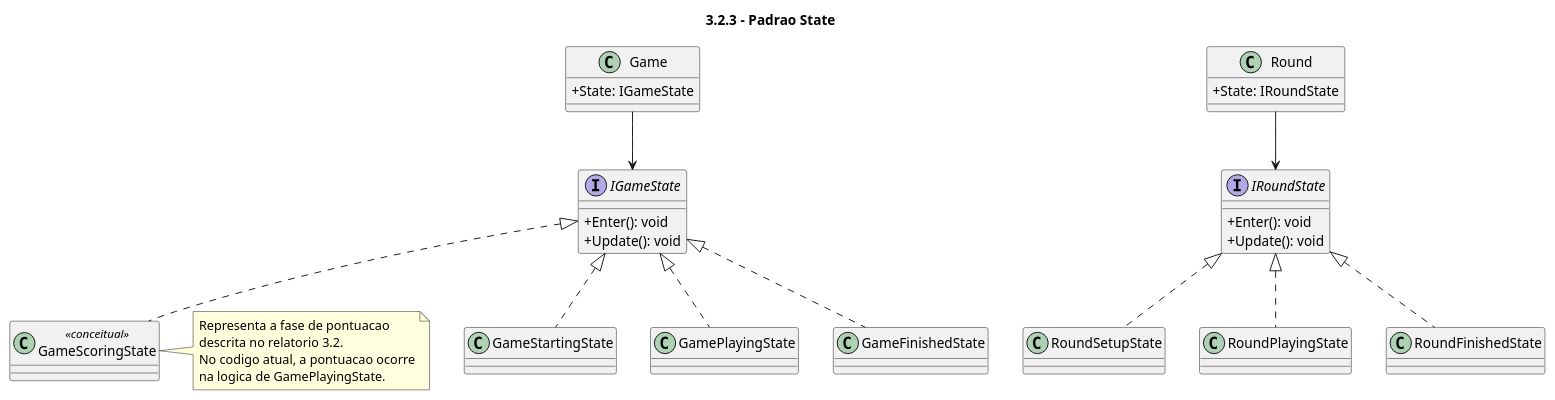
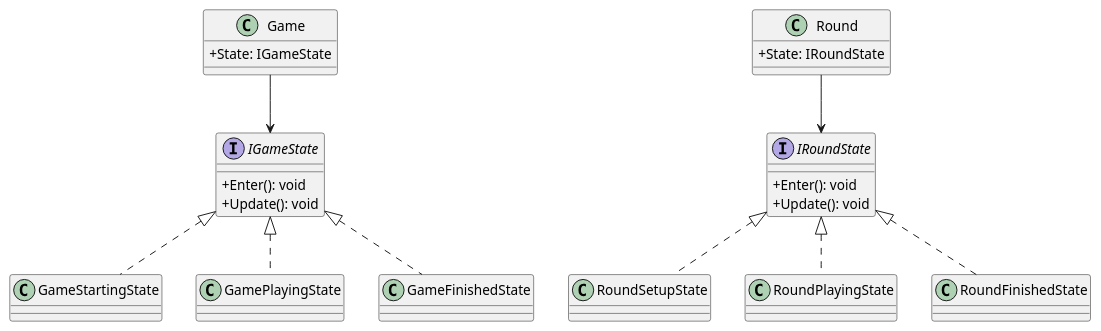
One commit to DuarteMSousa/PEDWM_TP1 changed the diagram in DocumentacaoV2/classes/03_state_pattern.puml. Above: the diagram before and after it, drawn with PlantUML. The commit also changed 4 other files, not shown here.

First line of the commit message:
Refactor UML class diagrams and patterns

```diff
--- a/DocumentacaoV2/classes/03_state_pattern.puml
+++ b/DocumentacaoV2/classes/03_state_pattern.puml
@@ -1,53 +1,44 @@
 @startuml
-title 3.2.3 - Padrao State
 
 skinparam classAttributeIconSize 0
 
 interface IGameState {
   +Enter(): void
   +Update(): void
 }
 
 class Game {
   +State: IGameState
 }
 
 class GameStartingState
 class GamePlayingState
-class GameScoringState <<conceitual>>
 class GameFinishedState
 
 IGameState <|.. GameStartingState
 IGameState <|.. GamePlayingState
 IGameState <|.. GameFinishedState
-IGameState <|.. GameScoringState
 
 Game --> IGameState
 
 interface IRoundState {
   +Enter(): void
   +Update(): void
 }
 
 class Round {
   +State: IRoundState
 }
 
 class RoundSetupState
 class RoundPlayingState
 class RoundFinishedState
 
 IRoundState <|.. RoundSetupState
 IRoundState <|.. RoundPlayingState
 IRoundState <|.. RoundFinishedState
 
 Round --> IRoundState
 
-note right of GameScoringState
-Representa a fase de pontuacao
-descrita no relatorio 3.2.
-No codigo atual, a pontuacao ocorre
-na logica de GamePlayingState.
-end note
 
 @enduml
```
